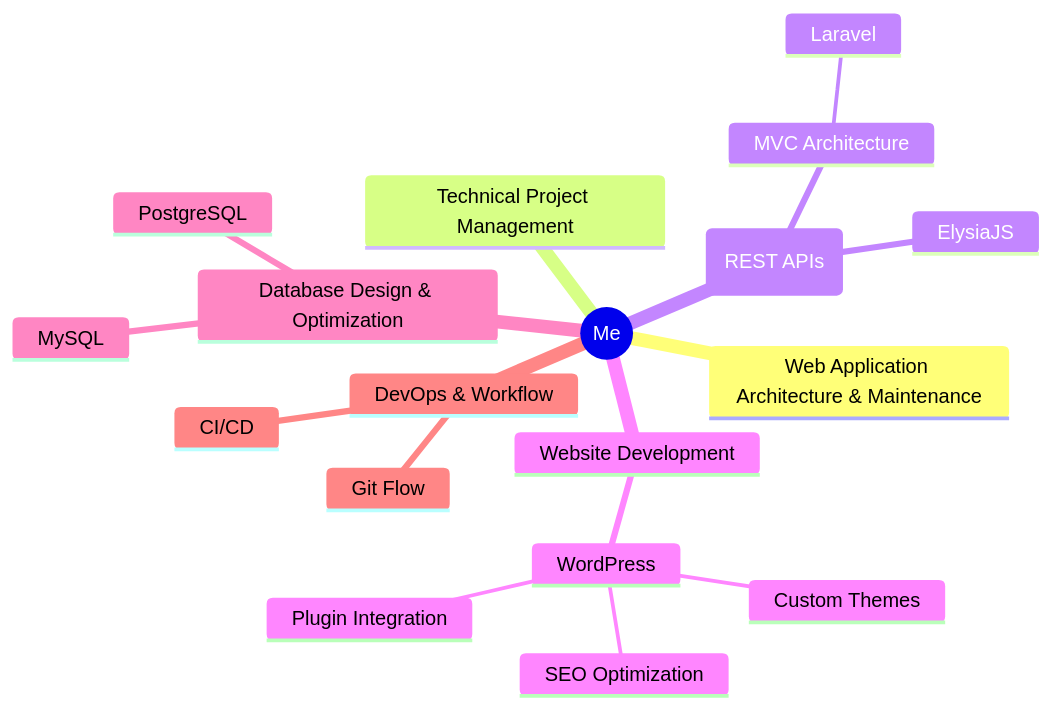
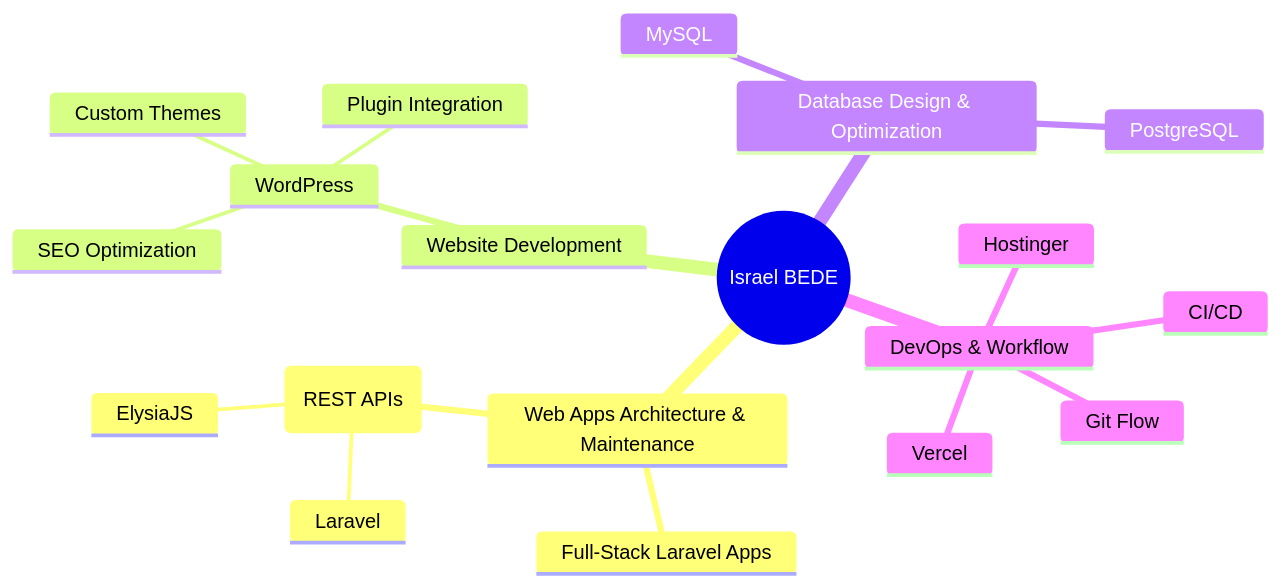
One commit to DevIzee/DevIzee changed the diagram in README.md. Above: the diagram before and after it, drawn with Mermaid.

Commit message:
👌 IMPROVE: global layer

````diff
--- a/README.md
+++ b/README.md
@@ -65,21 +65,22 @@
 ```mermaid
 mindmap
-  root((Me))
-    Web Application Architecture & Maintenance
-    Technical Project Management
-    Backend Development (REST APIs)
-      MVC Architecture
+  root((Israel BEDE))
+    Web Apps Architecture & Maintenance
+      Full-Stack Laravel Apps
+      Backend (REST APIs)
         Laravel
-      ElysiaJS
+        ElysiaJS
     Website Development
       WordPress
         Custom Themes
         Plugin Integration
         SEO Optimization
     Database Design & Optimization
       MySQL
       PostgreSQL
     DevOps & Workflow
       Git Flow
       CI/CD
+      Hostinger
+      Vercel
 ```
````
